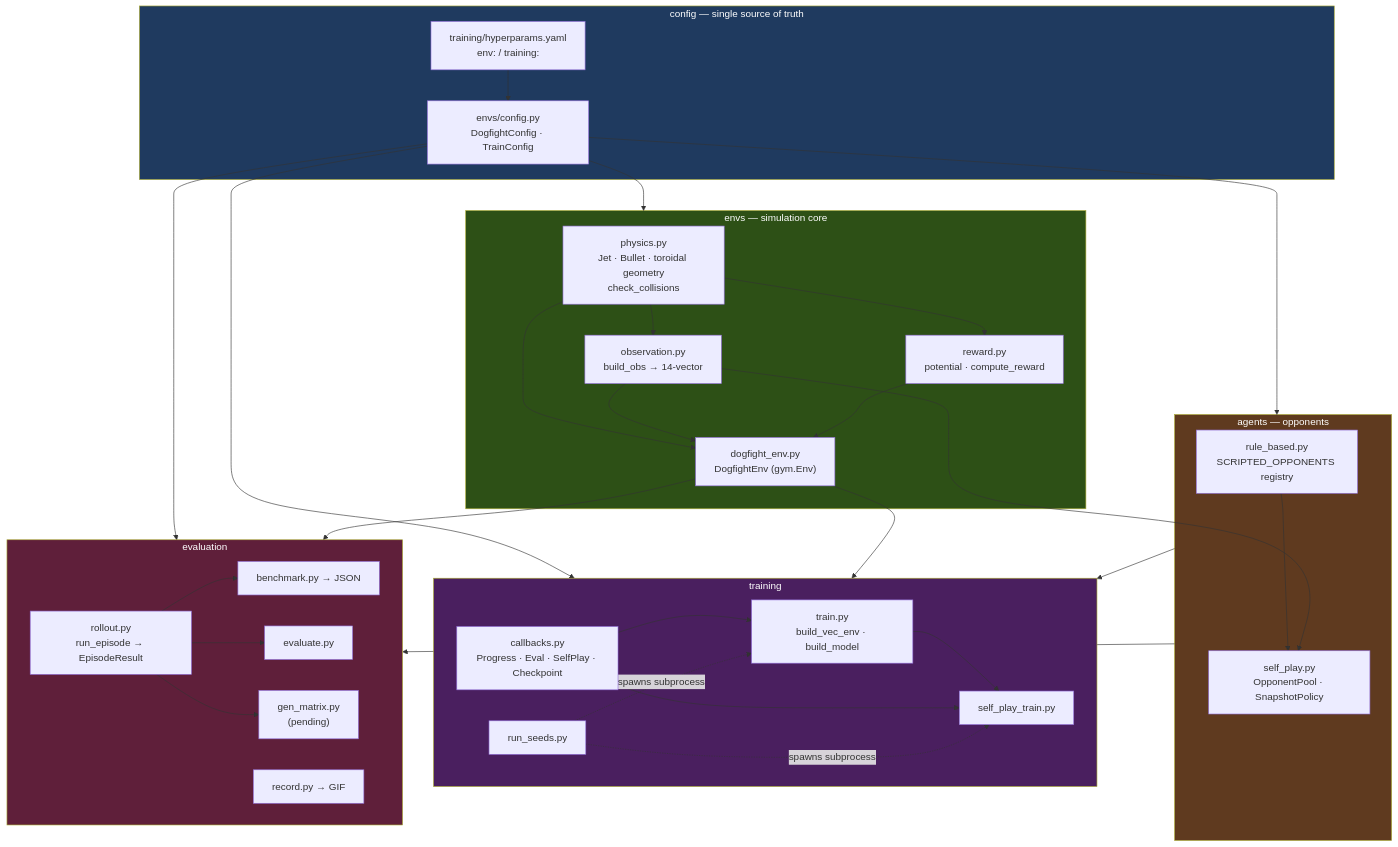
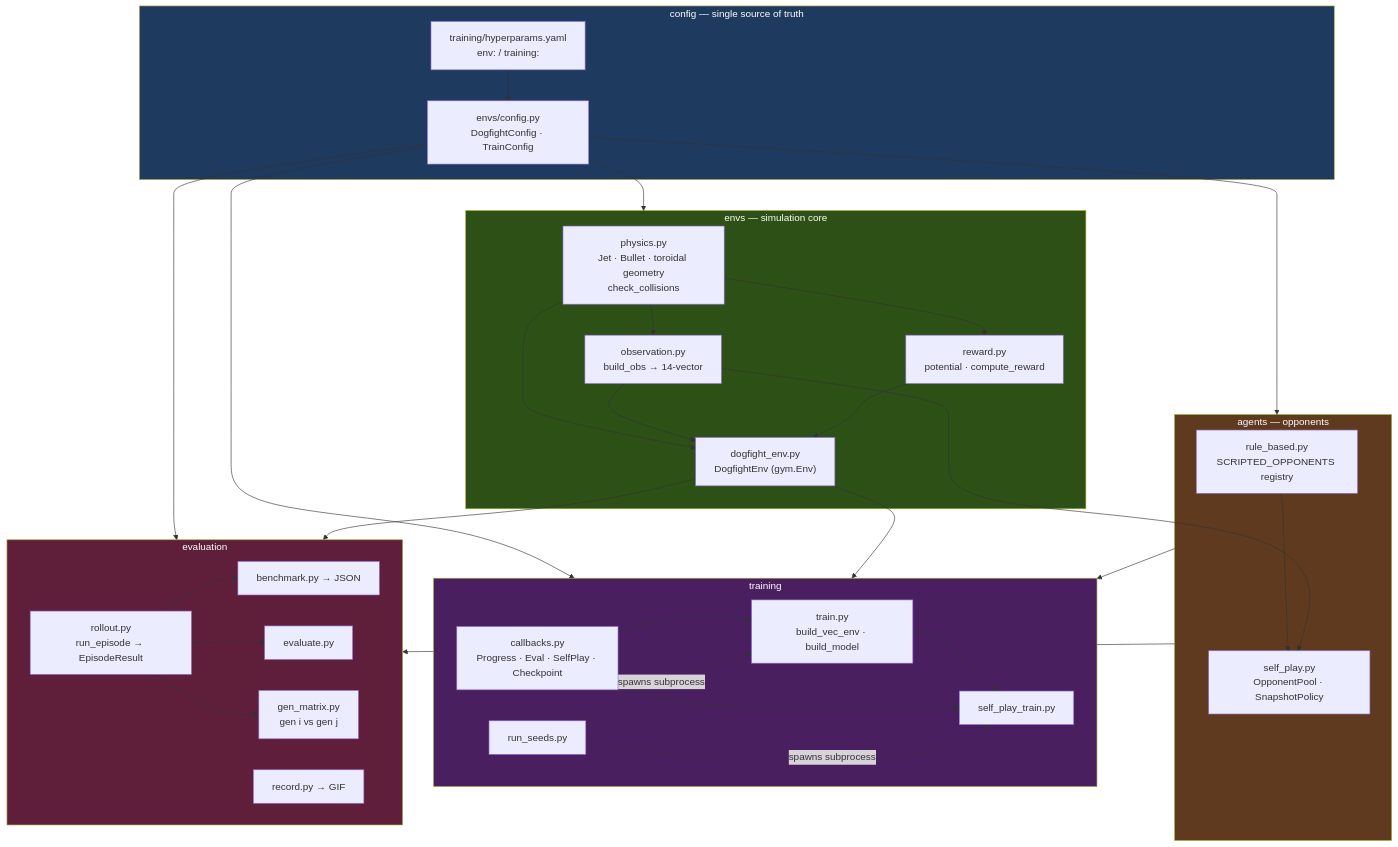
The first of 7 diagrams in ARCHITECTURE.md (snehilojha/dogfight_rl), drawn with Mermaid before and after one commit. The commit also changed other lines of this file, not shown here.

First line of the commit message:
docs: update ARCHITECTURE status with Phase 3/4 acceptance results

````diff
--- a/ARCHITECTURE.md
+++ b/ARCHITECTURE.md
@@ -38,65 +38,65 @@
 ```mermaid
 graph TD
     subgraph CFG["config — single source of truth"]
         YAML["training/hyperparams.yaml<br/>env: / training:"]
         CONF["envs/config.py<br/>DogfightConfig · TrainConfig"]
         YAML --> CONF
     end
 
     subgraph SIM["envs — simulation core"]
         PHYS["physics.py<br/>Jet · Bullet · toroidal geometry<br/>check_collisions"]
         OBS["observation.py<br/>build_obs → 14-vector"]
         REW["reward.py<br/>potential · compute_reward"]
         ENV["dogfight_env.py<br/>DogfightEnv (gym.Env)"]
         PHYS --> OBS
         PHYS --> REW
         PHYS --> ENV
         OBS --> ENV
         REW --> ENV
     end
 
     subgraph AG["agents — opponents"]
         RULE["rule_based.py<br/>SCRIPTED_OPPONENTS registry"]
         SP["self_play.py<br/>OpponentPool · SnapshotPolicy"]
         RULE --> SP
     end
 
     subgraph TR["training"]
         TRAIN["train.py<br/>build_vec_env · build_model"]
         SPT["self_play_train.py"]
         CB["callbacks.py<br/>Progress · Eval · SelfPlay · Checkpoint"]
         SEEDS["run_seeds.py"]
         TRAIN --> SPT
         CB --> TRAIN
         CB --> SPT
         SEEDS -.spawns subprocess.-> TRAIN
         SEEDS -.spawns subprocess.-> SPT
     end
 
     subgraph EV["evaluation"]
         ROLL["rollout.py<br/>run_episode → EpisodeResult"]
         BENCH["benchmark.py → JSON"]
         EVAL["evaluate.py"]
         REC["record.py → GIF"]
-        MATRIX["gen_matrix.py<br/>(pending)"]
+        MATRIX["gen_matrix.py<br/>gen i vs gen j"]
         ROLL --> BENCH
         ROLL --> EVAL
         ROLL --> MATRIX
     end
 
     CONF --> SIM
     CONF --> AG
     CONF --> TR
     CONF --> EV
     ENV --> TR
     ENV --> EV
     AG --> TR
     AG --> EV
     OBS --> SP
 
     style CFG fill:#1f3a5f,color:#fff
     style SIM fill:#2d5016,color:#fff
     style AG fill:#5f3a1f,color:#fff
     style TR fill:#4a1f5f,color:#fff
     style EV fill:#5f1f3a,color:#fff
 ```
````
